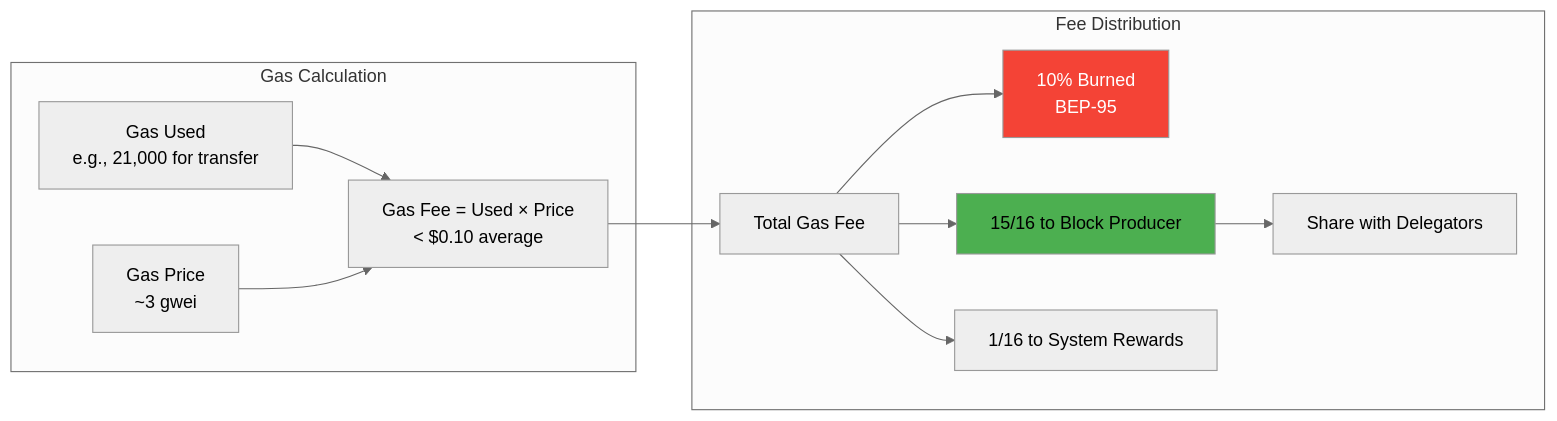
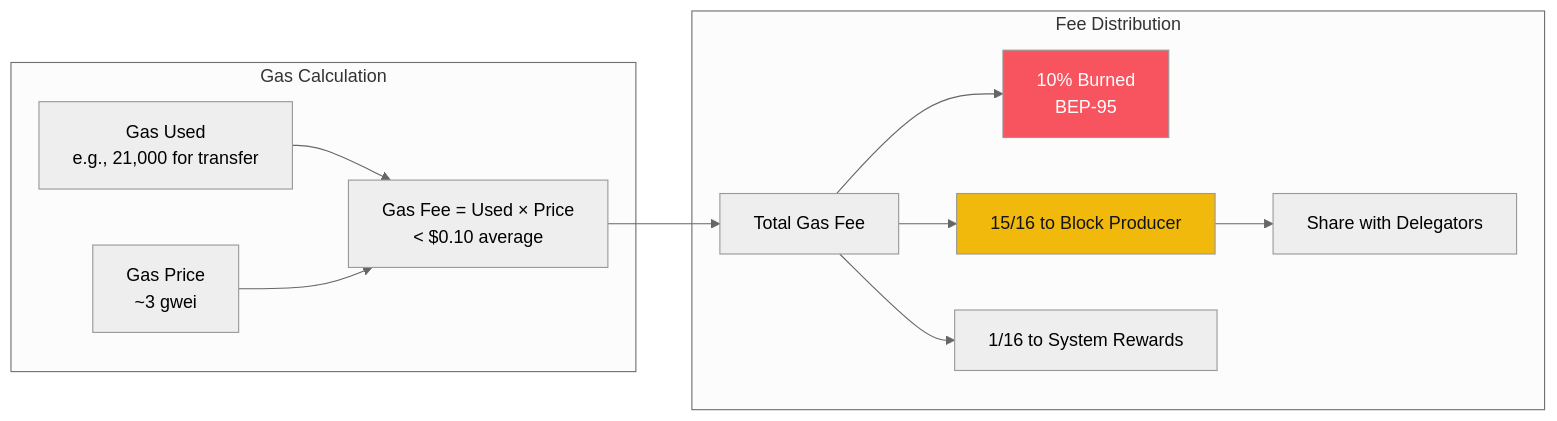
The sixth of 8 diagrams in ai/binance-smart-chain-overview.md (quochuydev/quochuydev), drawn with Mermaid (neutral theme) before and after one commit. The commit also changed other lines of this file, not shown here.

First line of the commit message:
Update BNB Chain diagrams with official brand colors

````diff
--- a/ai/binance-smart-chain-overview.md
+++ b/ai/binance-smart-chain-overview.md
@@ -176,22 +176,22 @@
 ```mermaid
 flowchart LR
     subgraph "Gas Calculation"
         GasUsed[Gas Used<br/>e.g., 21,000 for transfer]
         GasPrice[Gas Price<br/>~3 gwei]
         Fee[Gas Fee = Used × Price<br/>< $0.10 average]
     end
 
     subgraph "Fee Distribution"
         Total[Total Gas Fee] --> Burn[10% Burned<br/>BEP-95]
         Total --> Validator[15/16 to Block Producer]
         Total --> System[1/16 to System Rewards]
         Validator --> Delegators[Share with Delegators]
     end
 
     GasUsed --> Fee
     GasPrice --> Fee
     Fee --> Total
 
-    style Burn fill:#f44336,color:#fff
-    style Validator fill:#4caf50
+    style Burn fill:#F8545F,color:#fff
+    style Validator fill:#F0B90B,color:#14151A
 ```
````
